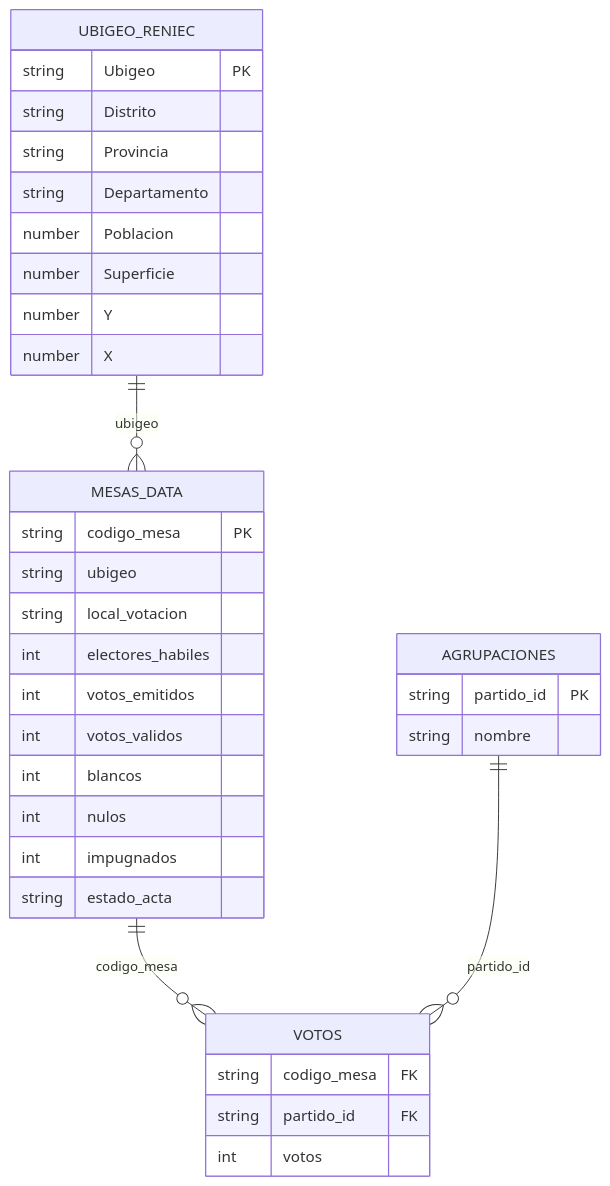
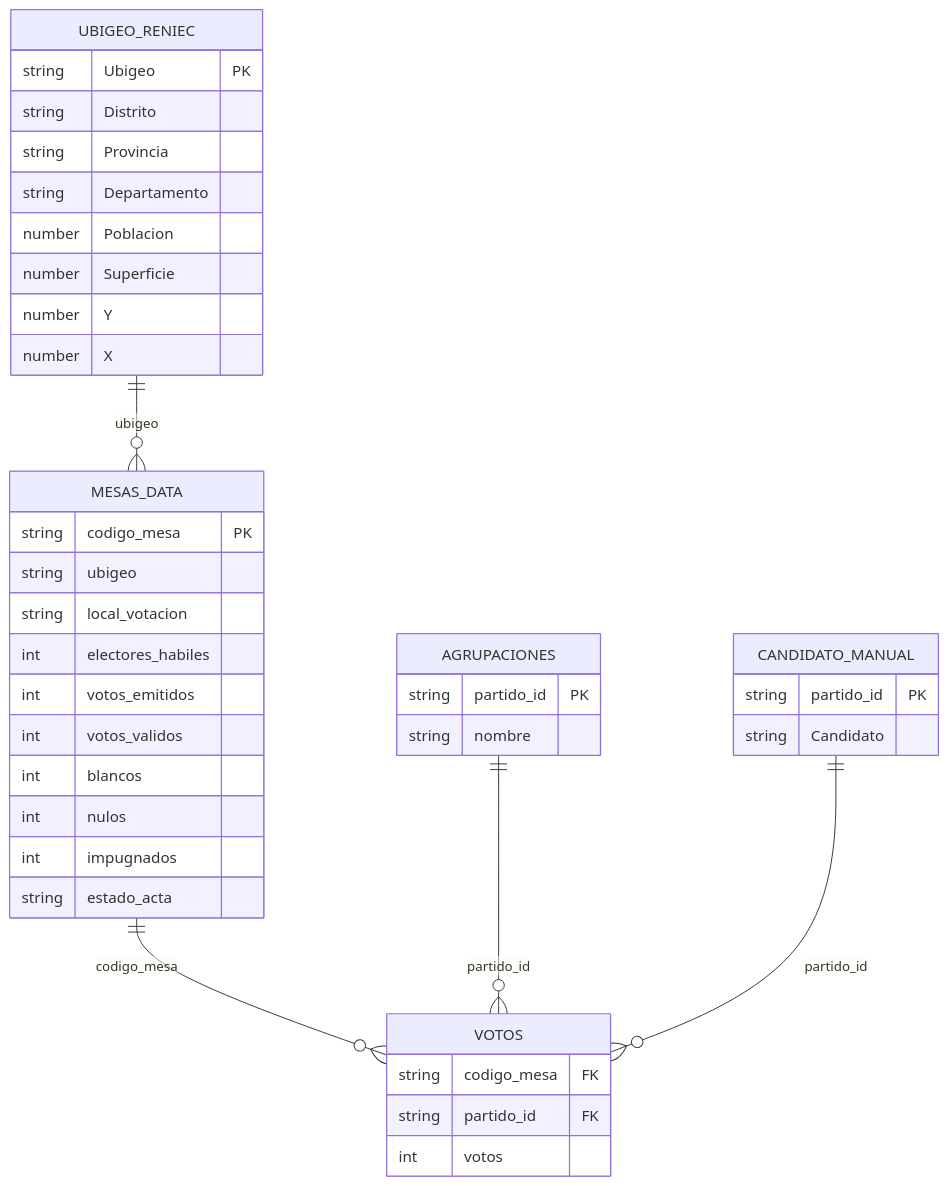
The diagram in README.md (oscarzamora/onpeescraper), drawn with Mermaid before and after one commit. The commit also changed other lines of this file, not shown here.

Commit message:
Documenta candidato.txt manual en ERD y modelo de datos

````diff
--- a/README.md
+++ b/README.md
@@ -28,41 +28,47 @@
 ```mermaid
 erDiagram
 	MESAS_DATA ||--o{ VOTOS : codigo_mesa
 	AGRUPACIONES ||--o{ VOTOS : partido_id
+	CANDIDATO_MANUAL ||--o{ VOTOS : partido_id
 	UBIGEO_RENIEC ||--o{ MESAS_DATA : ubigeo
 
 	MESAS_DATA {
 		string codigo_mesa PK
 		string ubigeo
 		string local_votacion
 		int electores_habiles
 		int votos_emitidos
 		int votos_validos
 		int blancos
 		int nulos
 		int impugnados
 		string estado_acta
 	}
 
 	AGRUPACIONES {
 		string partido_id PK
 		string nombre
 	}
 
+	CANDIDATO_MANUAL {
+		string partido_id PK
+		string Candidato
+	}
+
 	VOTOS {
 		string codigo_mesa FK
 		string partido_id FK
 		int votos
 	}
 
 	UBIGEO_RENIEC {
 		string Ubigeo PK
 		string Distrito
 		string Provincia
 		string Departamento
 		number Poblacion
 		number Superficie
 		number Y
 		number X
 	}
 ```
````
